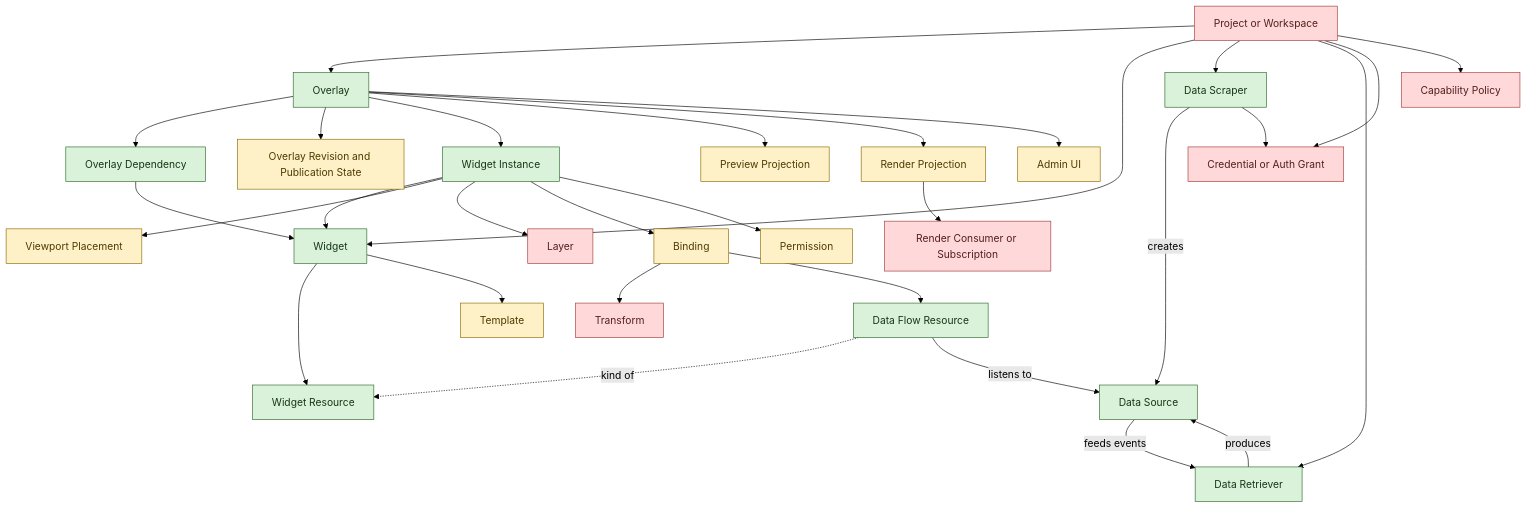
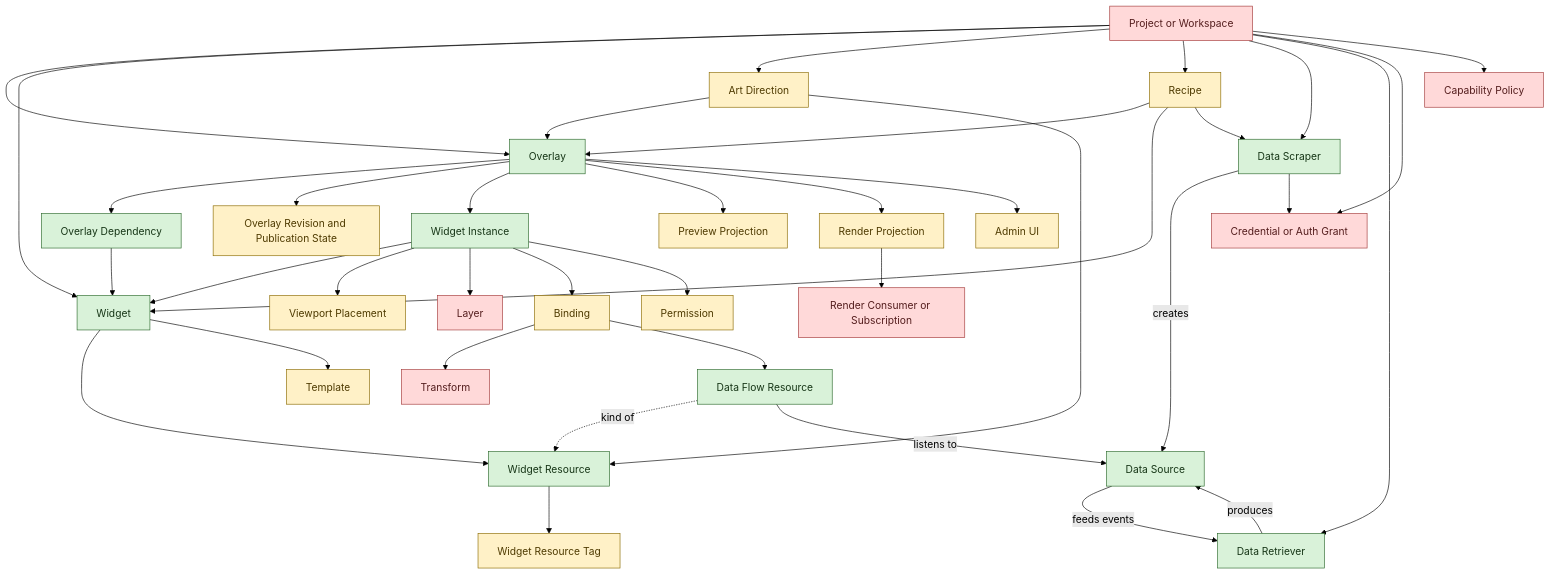
The diagram in GLOSSARY.md (kane-thornwyrd/nexis), drawn with Mermaid (forest theme) before and after one commit. The commit also changed other lines of this file and 7 other files, not shown here.

Commit message:
Refine terminology and structure in documentation; add Art Direction and Recipe definitions; update README and tasks for clarity and onboarding improvements.

````diff
--- a/GLOSSARY.md
+++ b/GLOSSARY.md
@@ -864,64 +931,75 @@
 ```mermaid
 graph TD
   Project[Project or Workspace]
   Overlay[Overlay]
   OverlayDependency[Overlay Dependency]
   Revision[Overlay Revision and Publication State]
   Widget[Widget]
   WidgetResource[Widget Resource]
+  ResourceTag[Widget Resource Tag]
+  ArtDirection[Art Direction]
+  Recipe[Recipe]
   DataScraper[Data Scraper]
   DataRetriever[Data Retriever]
   DataSource[Data Source]
   DataFlowResource[Data Flow Resource]
   WidgetInstance[Widget Instance]
   Template[Template]
   Placement[Viewport Placement]
   Layer[Layer]
   Binding[Binding]
   Transform[Transform]
   Credential[Credential or Auth Grant]
   Permission[Permission]
   Policy[Capability Policy]
   Preview[Preview Projection]
   Render[Render Projection]
   Admin[Admin UI]
   Subscription[Render Consumer or Subscription]
 
   Project --> Overlay
   Project --> Widget
+  Project --> ArtDirection
+  Project --> Recipe
   Project --> DataScraper
   Project --> DataRetriever
   Project --> Credential
   Project --> Policy
   Overlay --> OverlayDependency
   Overlay --> Revision
   Overlay --> WidgetInstance
   Overlay --> Preview
   Overlay --> Render
   Overlay --> Admin
   OverlayDependency --> Widget
   Widget --> WidgetResource
+  WidgetResource --> ResourceTag
+  ArtDirection --> Overlay
+  ArtDirection --> WidgetResource
+  Recipe --> Overlay
+  Recipe --> Widget
+  Recipe --> DataScraper
   DataFlowResource -. kind of .-> WidgetResource
   Widget --> Template
   DataScraper -->|creates| DataSource
   DataScraper --> Credential
   DataSource -->|feeds events| DataRetriever
   DataRetriever -->|produces| DataSource
   WidgetInstance --> Widget
   WidgetInstance --> Placement
   WidgetInstance --> Layer
   WidgetInstance --> Binding
   WidgetInstance --> Permission
   Binding --> Transform
   Binding --> DataFlowResource
   DataFlowResource -->|listens to| DataSource
   Render --> Subscription
 
   classDef defined fill:#d9f2d9,stroke:#2d6a2d,color:#163516;
   classDef underdefined fill:#fff1c7,stroke:#8b6b00,color:#4e3a00;
   classDef missing fill:#ffd9d9,stroke:#a33a3a,color:#541d1d;
 
   class Overlay,OverlayDependency,Widget,WidgetResource,DataScraper,DataRetriever,DataSource,DataFlowResource,WidgetInstance defined;
-  class Template,Placement,Permission,Preview,Render,Admin,Revision,Binding underdefined;
+  class Template,Placement,Permission,Preview,Render,Admin,Revision,Binding,ResourceTag,ArtDirection,Recipe underdefined;
   class Project,Layer,Transform,Credential,Policy,Subscription missing;
 ```
````
